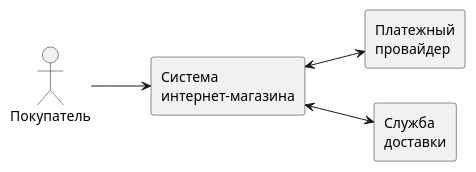
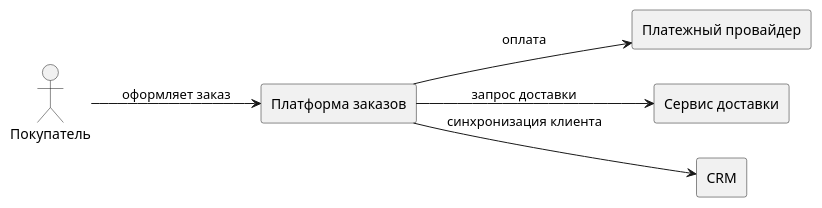
One commit to iwizy/analyst_kb changed the first of 2 diagrams in docs/notations/c4.md. Above: the diagram before and after it, drawn with PlantUML. The commit also changed other lines of this file and 20 other files, not shown here.

````diff
--- a/docs/notations/c4.md
+++ b/docs/notations/c4.md
@@ -26,13 +28,15 @@
 ```kroki-plantuml
 @startuml
 left to right direction
 actor "Покупатель" as Customer
-rectangle "Система\nинтернет-магазина" as Shop
-rectangle "Платежный\nпровайдер" as Payment
-rectangle "Служба\nдоставки" as Delivery
+rectangle "Платформа заказов" as System
+rectangle "Платежный провайдер" as Payment
+rectangle "Сервис доставки" as Delivery
+rectangle "CRM" as CRM
 
-Customer --> Shop
-Shop <--> Payment
-Shop <--> Delivery
+Customer --> System : оформляет заказ
+System --> Payment : оплата
+System --> Delivery : запрос доставки
+System --> CRM : синхронизация клиента
 @enduml
 ```
````
